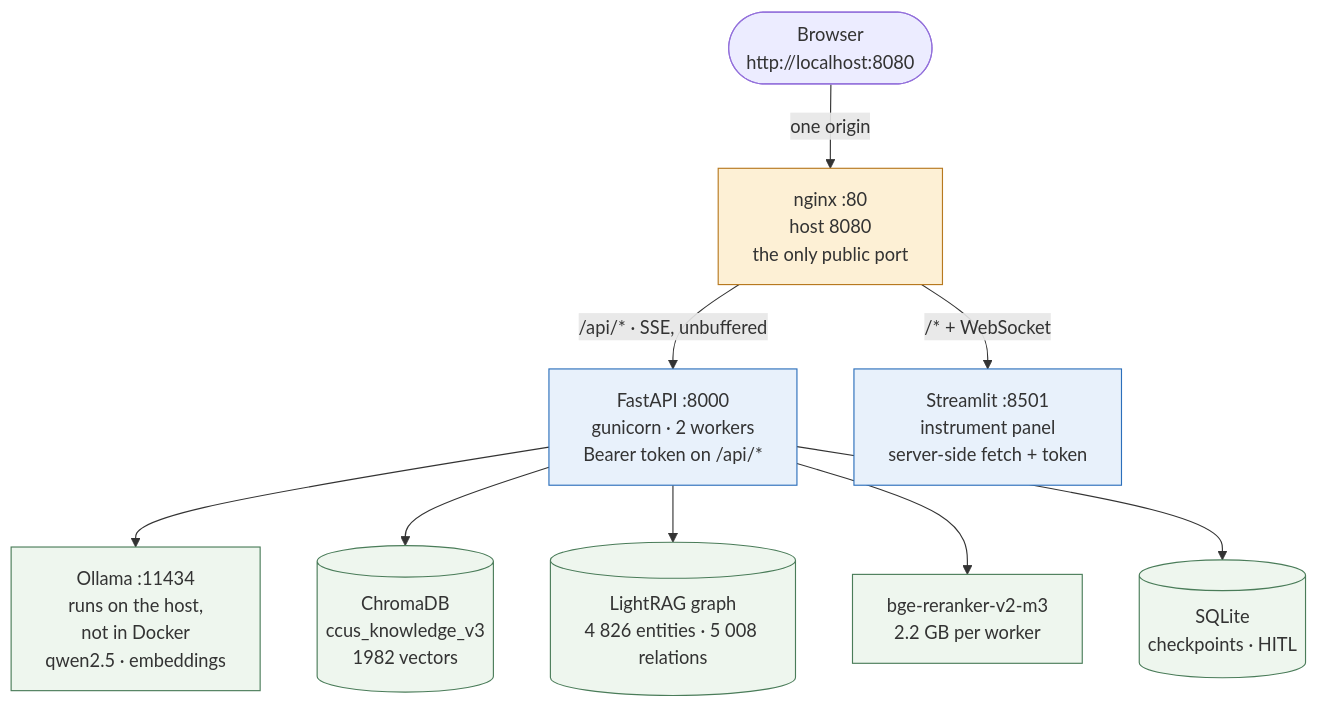
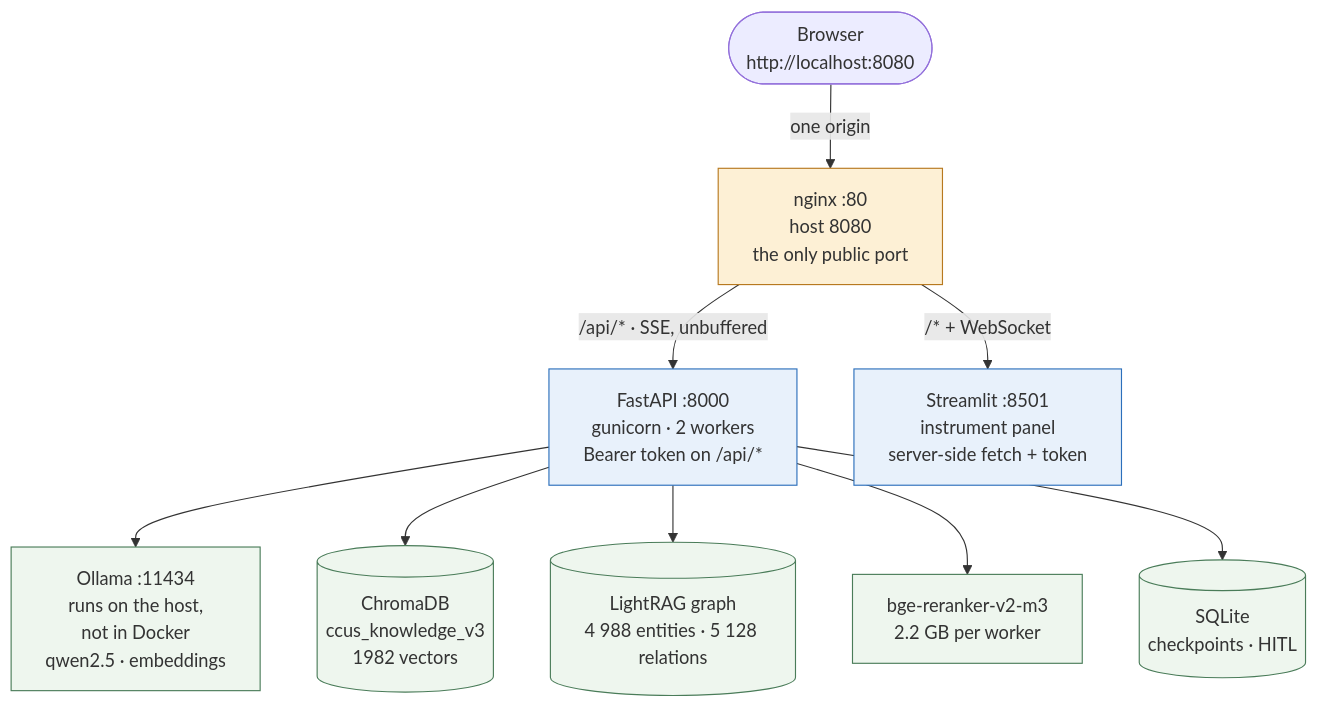
Before and after one commit to qinruizhang001-hash/petro-rag-agent: the first of 2 diagrams in README.md, drawn with Mermaid. The commit also changed other lines of this file and 2 other files, not shown here.

````diff
--- a/README.md
+++ b/README.md
@@ -38,31 +38,31 @@
 ```mermaid
 flowchart TB
     B(["Browser<br/>http://localhost:8080"])
 
     NG["nginx :80<br/>host 8080<br/>the only public port"]
 
     BE["FastAPI :8000<br/>gunicorn · 2 workers<br/>Bearer token on /api/*"]
     FE["Streamlit :8501<br/>instrument panel<br/>server-side fetch + token"]
 
     OL["Ollama :11434<br/>runs on the host,<br/>not in Docker<br/>qwen2.5 · embeddings"]
     CH[("ChromaDB<br/>ccus_knowledge_v3<br/>1982 vectors")]
-    GR[("LightRAG graph<br/>4 826 entities · 5 008 relations")]
+    GR[("LightRAG graph<br/>4 988 entities · 5 128 relations")]
     RR["bge-reranker-v2-m3<br/>2.2 GB per worker"]
     SQ[("SQLite<br/>checkpoints · HITL")]
 
     B -->|"one origin"| NG
     NG -->|"/* + WebSocket"| FE
     NG -->|"/api/* · SSE, unbuffered"| BE
     BE --> OL
     BE --> CH
     BE --> GR
     BE --> RR
     BE --> SQ
 
     classDef edgeStyle fill:#fdf0d5,stroke:#b7791f,stroke-width:1px
     classDef appStyle fill:#e8f1fb,stroke:#2c6fbb,stroke-width:1px
     classDef dataStyle fill:#eef6ee,stroke:#4a7c59,stroke-width:1px
     class NG edgeStyle
     class FE,BE appStyle
     class OL,CH,GR,RR,SQ dataStyle
 ```
````
